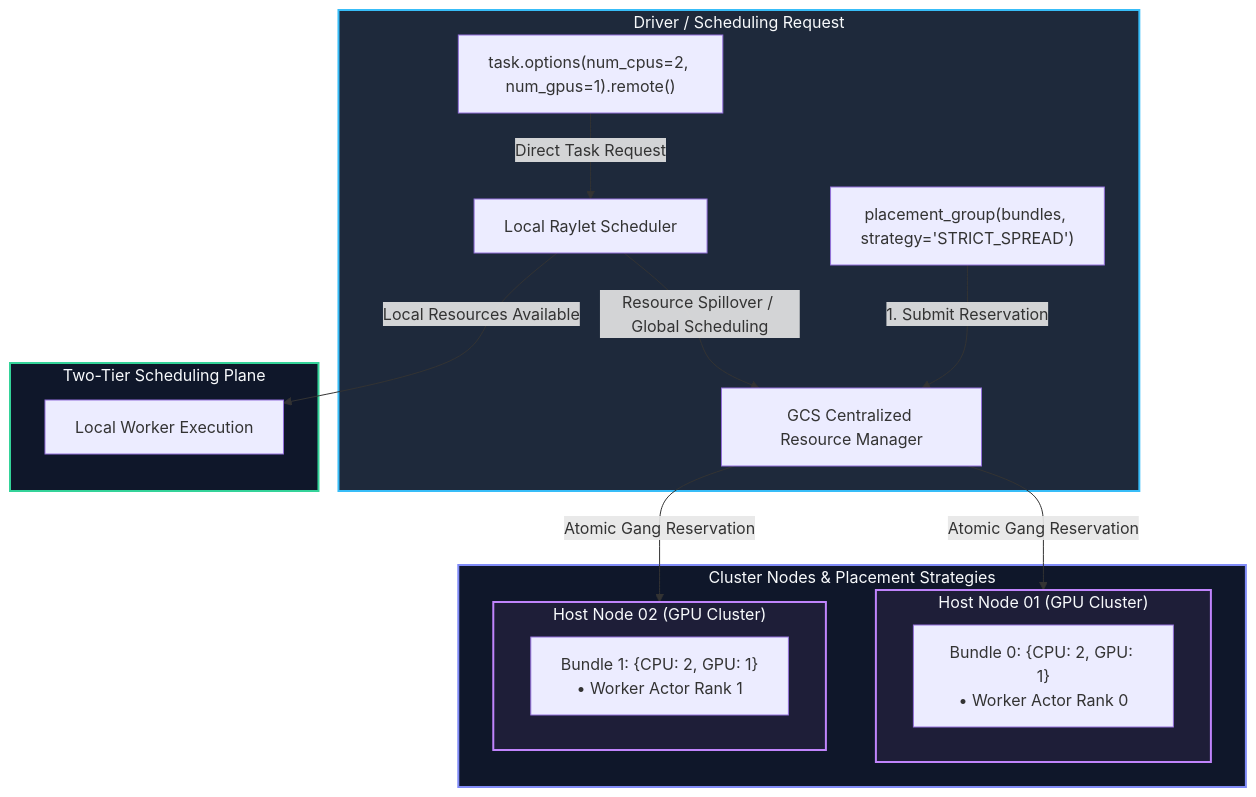
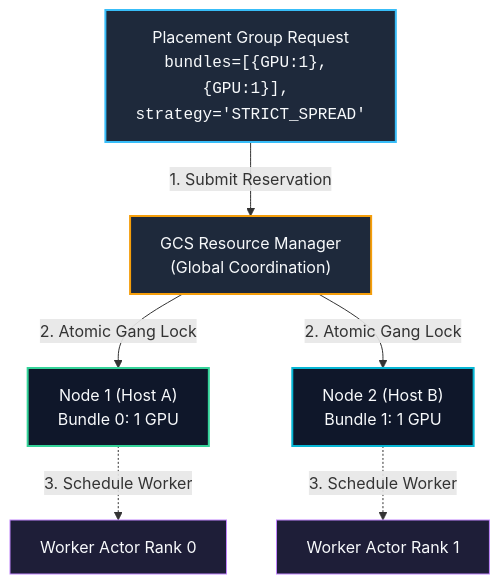
Before and after one commit to dnf0/raylings: the diagram in docs/guides/04-resources-scheduling.md, drawn with Mermaid. The commit also changed other lines of this file and 22 other files, not shown here.

Commit message:
docs: streamline mermaid diagrams and attach conceptual walkthroughs (#26)

````diff
--- a/docs/guides/04-resources-scheduling.md
+++ b/docs/guides/04-resources-scheduling.md
@@ -17,31 +17,15 @@
 ```mermaid
 flowchart TD
-    subgraph ClientReq["Driver / Scheduling Request"]
-        PG_Req["placement_group(bundles, strategy='STRICT_SPREAD')"] -->|"1. Submit Reservation"| GCS_Scheduler["GCS Centralized Resource Manager"]
-        Task_Req["task.options(num_cpus=2, num_gpus=1).remote()"] -->|"Direct Task Request"| LocalRaylet["Local Raylet Scheduler"]
-    end
+    Req["Placement Group Request<br/><code>bundles=[{GPU:1}, {GPU:1}], strategy='STRICT_SPREAD'</code>"] -->|"1. Submit Reservation"| GCS["GCS Resource Manager<br/>(Global Coordination)"]
+    GCS -->|"2. Atomic Gang Lock"| Node1["Node 1 (Host A)<br/>Bundle 0: 1 GPU"]
+    GCS -->|"2. Atomic Gang Lock"| Node2["Node 2 (Host B)<br/>Bundle 1: 1 GPU"]
+    Node1 -.->|"3. Schedule Worker"| Actor1["Worker Actor Rank 0"]
+    Node2 -.->|"3. Schedule Worker"| Actor2["Worker Actor Rank 1"]
 
-    subgraph TwoTierScheduling["Two-Tier Scheduling Plane"]
-        LocalRaylet -->|"Local Resources Available"| LocalWorker["Local Worker Execution"]
-        LocalRaylet -->|"Resource Spillover / Global Scheduling"| GCS_Scheduler
-    end
-
-    subgraph ClusterTopology["Cluster Nodes & Placement Strategies"]
-        subgraph NodeA["Host Node 01 (GPU Cluster)"]
-            B0["Bundle 0: {CPU: 2, GPU: 1}<br/>• Worker Actor Rank 0"]
-        end
-
-        subgraph NodeB["Host Node 02 (GPU Cluster)"]
-            B1["Bundle 1: {CPU: 2, GPU: 1}<br/>• Worker Actor Rank 1"]
-        end
-
-        GCS_Scheduler -->|"Atomic Gang Reservation"| NodeA
-        GCS_Scheduler -->|"Atomic Gang Reservation"| NodeB
-    end
-
-    style ClientReq fill:#1e293b,stroke:#38bdf8,stroke-width:2px,color:#f8fafc
-    style TwoTierScheduling fill:#0f172a,stroke:#34d399,stroke-width:2px,color:#f8fafc
-    style ClusterTopology fill:#0f172a,stroke:#818cf8,stroke-width:2px,color:#f8fafc
-    style NodeA fill:#1e1e38,stroke:#c084fc,stroke-width:2px,color:#f8fafc
-    style NodeB fill:#1e1e38,stroke:#c084fc,stroke-width:2px,color:#f8fafc
+    style Req fill:#1e293b,stroke:#38bdf8,stroke-width:2px,color:#f8fafc
+    style GCS fill:#1e293b,stroke:#f59e0b,stroke-width:2px,color:#f8fafc
+    style Node1 fill:#0f172a,stroke:#34d399,stroke-width:2px,color:#f8fafc
+    style Node2 fill:#0f172a,stroke:#06b6d4,stroke-width:2px,color:#f8fafc
+    style Actor1 fill:#1e1e38,stroke:#c084fc,stroke-width:1px,color:#f8fafc
+    style Actor2 fill:#1e1e38,stroke:#c084fc,stroke-width:1px,color:#f8fafc
 ```
````
